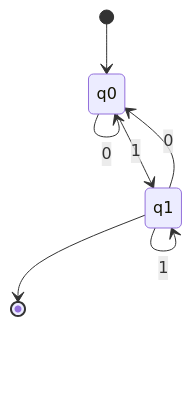
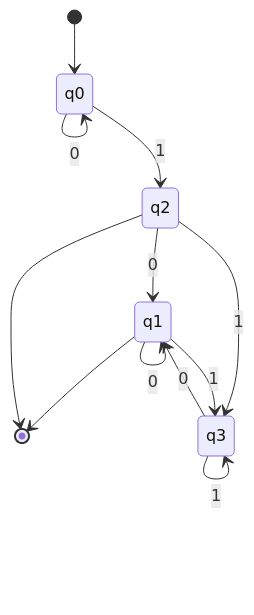
Before and after one commit to KopyTKG/ki-tzi: the first of 2 diagrams in Pr-5.md, drawn with Mermaid. The commit also changed other lines of this file and 11 other files, not shown here.

````diff
--- a/Pr-5.md
+++ b/Pr-5.md
@@ -25,9 +47,14 @@
 ```mermaid
 stateDiagram-v2
     [*] --> q0
     q0 --> q0: 0
-    q0 --> q1: 1
-    q1 --> q0: 0
-    q1 --> q1: 1
+    q0 --> q2: 1
+    q2 --> q1: 0
+    q2 --> q3: 1
+    q1 --> q1: 0
+    q1 --> q3: 1
+    q3 --> q1: 0
+    q3 --> q3: 1
     q1 --> [*]
+    q2 --> [*]
 ```
````
